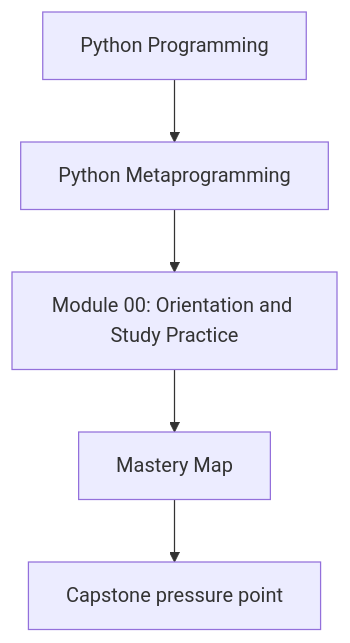
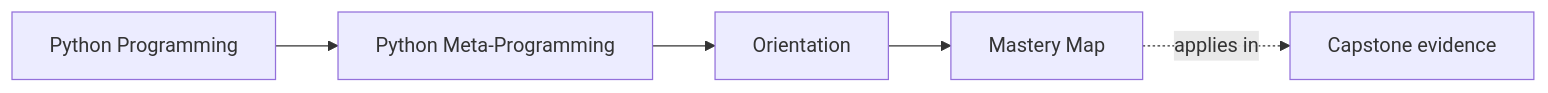
Before and after one commit to bijux/bijux-masterclass: the first of 2 diagrams in programs/python-programming/python-meta-programming/course-book/module-00-orientation/mastery-map.md, drawn with Mermaid. The commit also changed other lines of this file and 55 other files, not shown here.

Commit message:
docs(python-meta-programming): map runtime foundations and inspection routes

````diff
--- a/programs/python-programming/python-meta-programming/course-book/module-00-orientation/mastery-map.md
+++ b/programs/python-programming/python-meta-programming/course-book/module-00-orientation/mastery-map.md
@@ -6,7 +6,11 @@
 ```mermaid
-flowchart TD
-  family["Python Programming"] --> program["Python Metaprogramming"]
-  program --> module["Module 00: Orientation and Study Practice"]
-  module --> concept["Mastery Map"]
-  concept --> capstone["Capstone pressure point"]
+graph LR
+  family["Python Programming"]
+  program["Python Meta-Programming"]
+  section["Orientation"]
+  page["Mastery Map"]
+  capstone["Capstone evidence"]
+
+  family --> program --> section --> page
+  page -.applies in.-> capstone
 ```
````
